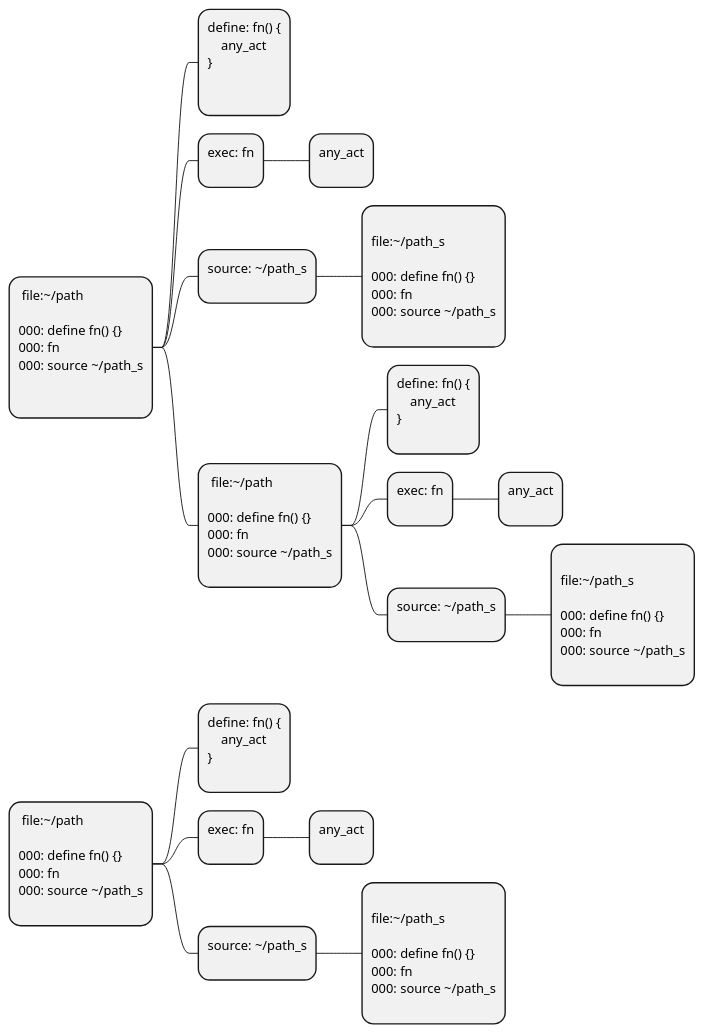
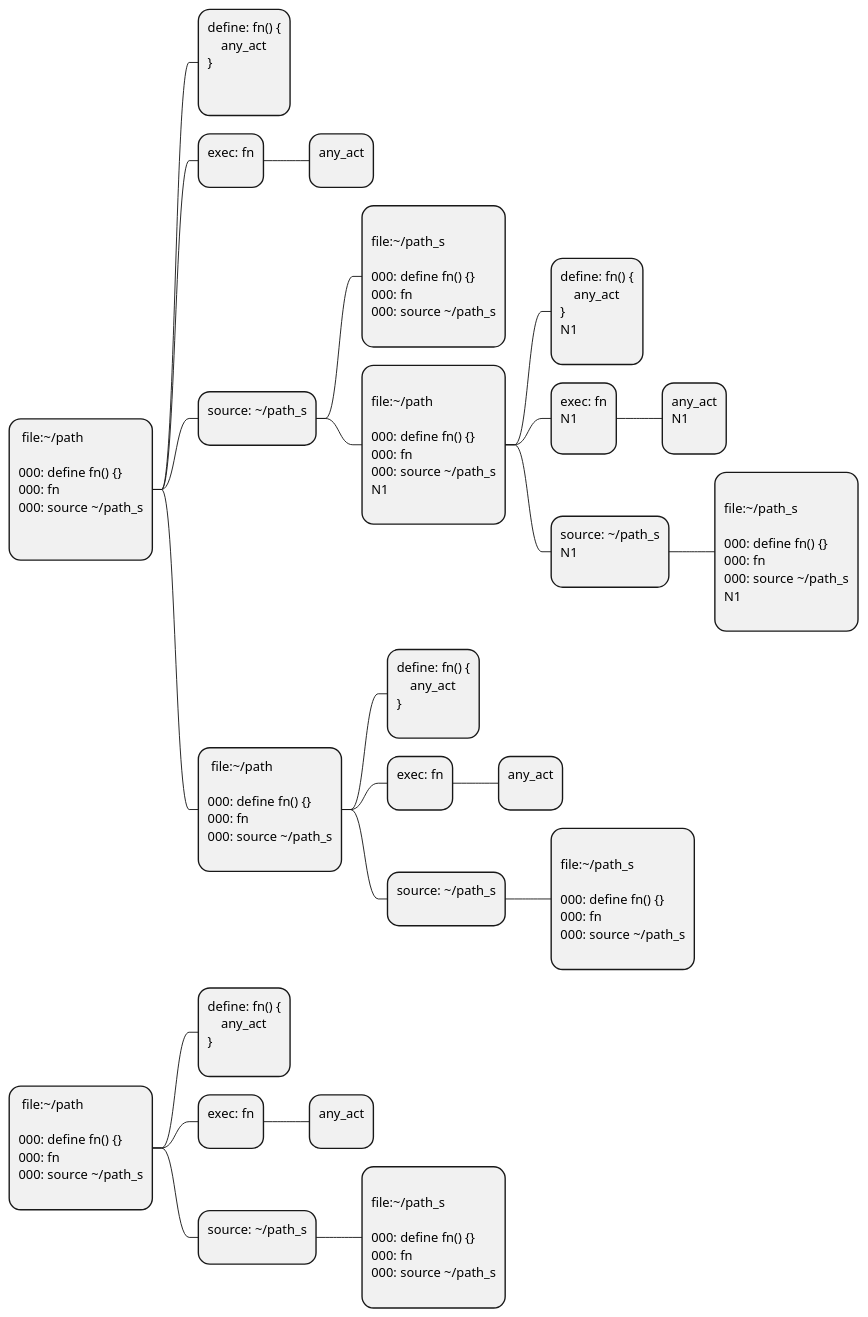
The diagram in .d/.st_rc_d.data.d/ufl_stl0/.flow.d/010_d2u/_tst/part_1/_dir_tst/tst.res.puml (legioner9/sta), drawn with PlantUML before and after one commit. The commit also changed 31 other files, not shown here.

```diff
--- a/.d/.st_rc_d.data.d/ufl_stl0/.flow.d/010_d2u/_tst/part_1/_dir_tst/tst.res.puml
+++ b/.d/.st_rc_d.data.d/ufl_stl0/.flow.d/010_d2u/_tst/part_1/_dir_tst/tst.res.puml
@@ -1,100 +1,143 @@
 @startmindmap
-'/home/st/REPOBARE/_repo/sta/.d/.st_rc_d.data.d/ufl_stl0/.flow.d/010_d2u/_tst/part_1/_dir_tst/_tst.cntx/__001.puml
+'/home/st/REPOBARE/_repo/sta/.d/.st_rc_d.data.d/ufl_stl0/.flow.d/010_d2u/_tst/part_1/_dir_tst/_tst.cntx.d/__001.puml
 
 
 *: file:\~/path
 
 000: define fn() {}
 000: fn 
 000: source \~/path_s
 
 ;
 
 **:define: fn() {
     any_act
 }
 
 ;
 
 **:exec: fn
 ;
 
 ***:any_act
 ;
 
 **:source: \~/path_s
 ;
 
 ***:
 file:\~/path_s
 
 000: define fn() {}
 000: fn 
 000: source \~/path_s
 ;
 
-'/home/st/REPOBARE/_repo/sta/.d/.st_rc_d.data.d/ufl_stl0/.flow.d/010_d2u/_tst/part_1/_dir_tst/_tst.cntx/002.d/__002.puml
+'/home/st/REPOBARE/_repo/sta/.d/.st_rc_d.data.d/ufl_stl0/.flow.d/010_d2u/_tst/part_1/_dir_tst/_tst.cntx.d/002.d/001.001.d/__000.stdgm_1.puml
+
+
+
+***:
+file:\~/path
+
+000: define fn() {}
+000: fn 
+000: source \~/path_s
+N1
+;
+
+
+****:define: fn() {
+    any_act
+}
+N1
+;
+
+****:exec: fn
+N1
+;
+
+*****:any_act
+N1
+;
+
+****:source: \~/path_s
+N1
+;
+
+*****:
+file:\~/path_s
+
+000: define fn() {}
+000: fn 
+000: source \~/path_s
+N1
+;
+
+
+
+'/home/st/REPOBARE/_repo/sta/.d/.st_rc_d.data.d/ufl_stl0/.flow.d/010_d2u/_tst/part_1/_dir_tst/_tst.cntx.d/002.d/__002.puml
 
 
 **: file:\~/path
 
 000: define fn() {}
 000: fn 
 000: source \~/path_s
 ;
 
 ***:define: fn() {
     any_act
 }
 ;
 
 ***:exec: fn
 ;
 
 ****:any_act
 ;
 
 ***:source: \~/path_s
 ;
 
 ****:
 file:\~/path_s
 
 000: define fn() {}
 000: fn 
 000: source \~/path_s
 ;
 
-'/home/st/REPOBARE/_repo/sta/.d/.st_rc_d.data.d/ufl_stl0/.flow.d/010_d2u/_tst/part_1/_dir_tst/_tst.cntx/__003.puml
+'/home/st/REPOBARE/_repo/sta/.d/.st_rc_d.data.d/ufl_stl0/.flow.d/010_d2u/_tst/part_1/_dir_tst/_tst.cntx.d/__003.puml
 
 
 *: file:\~/path
 
 000: define fn() {}
 000: fn 
 000: source \~/path_s
 ;
 
 **:define: fn() {
     any_act
 }
 ;
 
 **:exec: fn
 ;
 
 ***:any_act
 ;
 
 **:source: \~/path_s
 ;
 
 ***:
 file:\~/path_s
 
 000: define fn() {}
 000: fn 
 000: source \~/path_s
 ;
 
 @endmindmap
```
